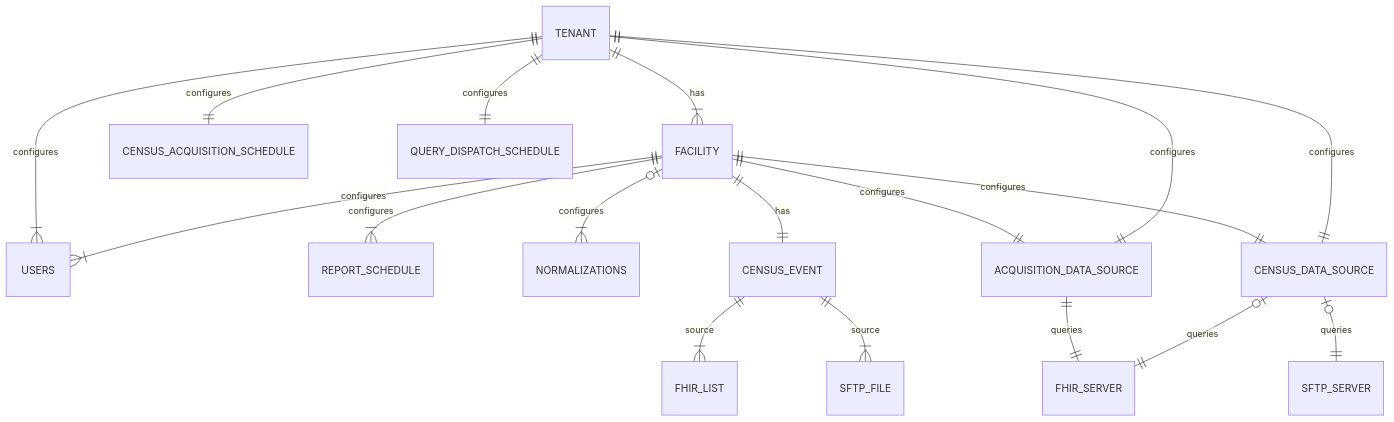
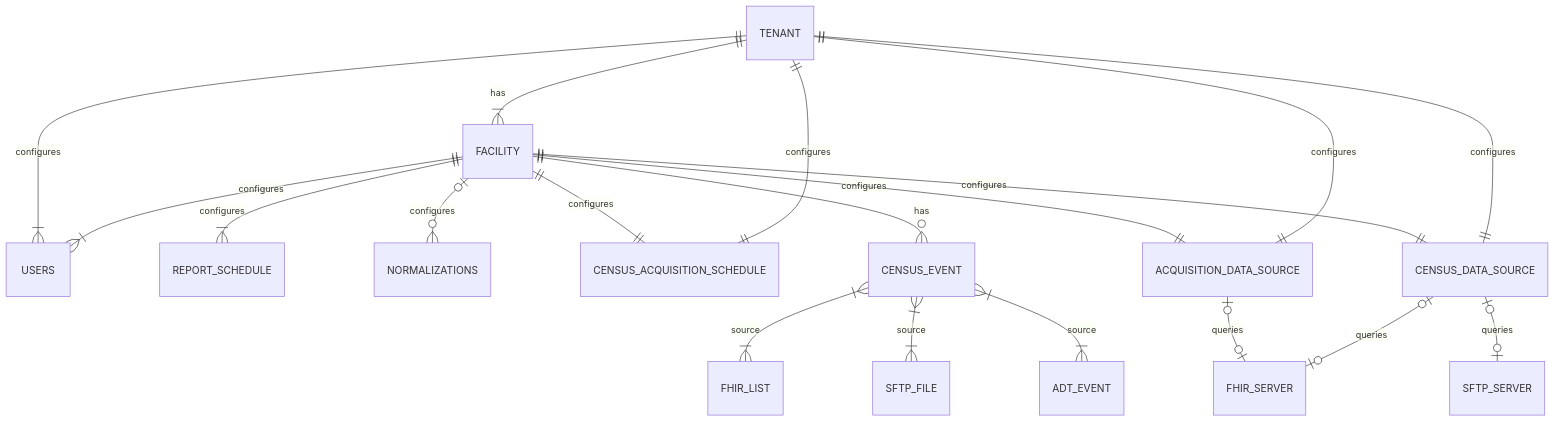
The second of 2 diagrams in docs/docs/proposals/tenant-multi-facility-proposal.mdx (lantanagroup/link-cloud), drawn with Mermaid before and after one commit. The commit also changed other lines of this file, not shown here.

Commit message:
Added proposed ERD. Adding API updates to various services

````diff
--- a/docs/docs/proposals/tenant-multi-facility-proposal.mdx
+++ b/docs/docs/proposals/tenant-multi-facility-proposal.mdx
@@ -42,20 +42,21 @@
 ```mermaid
 erDiagram
-    TENANT 1 to one or more FACILITY : has
-    FACILITY 1 to one or more USERS : configures
-    TENANT 1 to one or more USERS : configures
-    FACILITY 1 to one or more REPORT_SCHEDULE : configures
-    FACILITY Zero or one to one or more NORMALIZATIONS : configures
-    TENANT 1 to 1 CENSUS_ACQUISITION_SCHEDULE : configures
-    TENANT 1 to 1 QUERY_DISPATCH_SCHEDULE : configures
-    TENANT 1 to 1 ACQUISITION_DATA_SOURCE : configures
-    FACILITY 1 to 1 ACQUISITION_DATA_SOURCE : configures
-    FACILITY 1 to 1 CENSUS_EVENT : has
-    CENSUS_EVENT 1 to one or more FHIR_LIST: source
-    CENSUS_EVENT 1 to one or more SFTP_FILE: source
-    TENANT 1 to 1 CENSUS_DATA_SOURCE : configures
-    FACILITY 1 to 1 CENSUS_DATA_SOURCE : configures
-    CENSUS_DATA_SOURCE Zero or one to one FHIR_SERVER : queries
-    CENSUS_DATA_SOURCE Zero or one to one SFTP_SERVER : queries
-    ACQUISITION_DATA_SOURCE 1 to 1 FHIR_SERVER : queries
+	TENANT||--|{FACILITY:"has"
+	FACILITY||--|{USERS:"configures"
+	TENANT||--|{USERS:"configures"
+	FACILITY||--|{REPORT_SCHEDULE:"configures"
+	FACILITY|o--o{NORMALIZATIONS:"configures"
+	TENANT||--||CENSUS_ACQUISITION_SCHEDULE:"configures"
+	FACILITY||--||CENSUS_ACQUISITION_SCHEDULE:"configures"
+	TENANT||--||ACQUISITION_DATA_SOURCE:"configures"
+	FACILITY||--||ACQUISITION_DATA_SOURCE:"configures"
+	FACILITY||--o{CENSUS_EVENT:"has"
+	CENSUS_EVENT}|--|{FHIR_LIST:"source"
+	CENSUS_EVENT}|--|{SFTP_FILE:"source"
+	CENSUS_EVENT}|--|{ADT_EVENT:"source"
+	TENANT||--||CENSUS_DATA_SOURCE:"configures"
+	FACILITY||--||CENSUS_DATA_SOURCE:"configures"
+	CENSUS_DATA_SOURCE|o--o|FHIR_SERVER:"queries"
+	CENSUS_DATA_SOURCE|o--o|SFTP_SERVER:"queries"
+	ACQUISITION_DATA_SOURCE|o--o|FHIR_SERVER:"queries"
 ```
````
